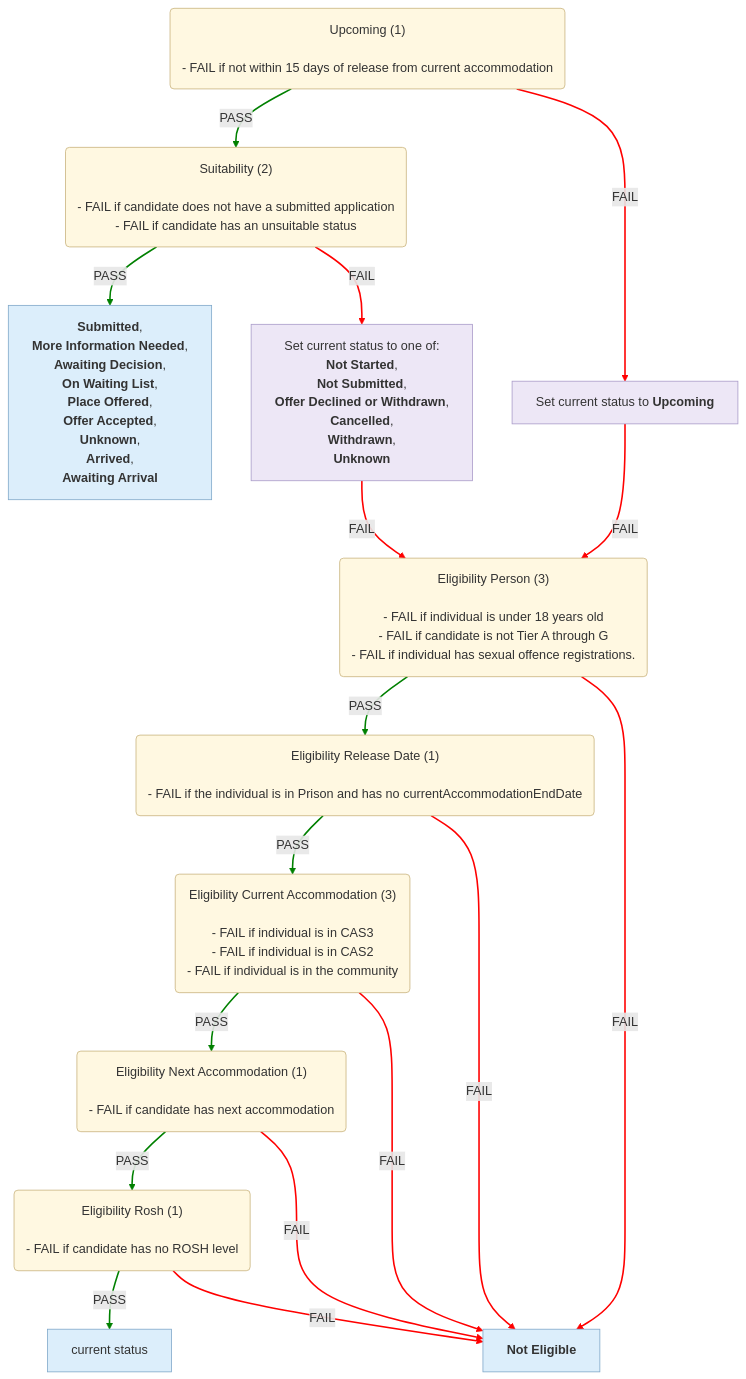
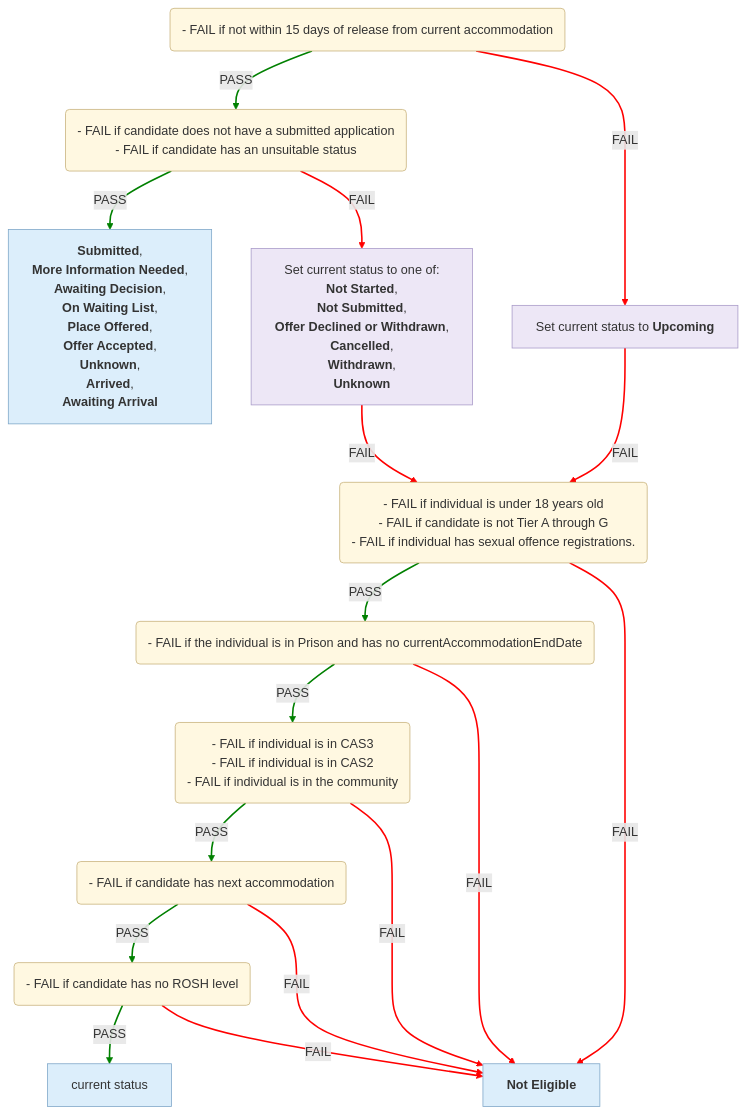
The second of 6 diagrams in docs/eligibility-rules-graph.md (uk-gov-mirror/ministryofjustice.hmpps-single-accommodation-service-api), drawn with Mermaid before and after one commit. The commit also changed other lines of this file, not shown here.

Commit message:
chore/SAS-1532-Use-UI-statuses-in-graph-instead-of-enums

````diff
--- a/docs/eligibility-rules-graph.md
+++ b/docs/eligibility-rules-graph.md
@@ -145,73 +135,59 @@
 ```mermaid
 %%{init: {"flowchart": {"wrappingWidth": 800}}}%%
 flowchart TD
-  Upcoming("Upcoming (1)
-
-- FAIL if not within 15 days of release from current accommodation")
-  Suitability("Suitability (2)
-
-- FAIL if candidate does not have a submitted application
+  Upcoming("- FAIL if not within 15 days of release from current accommodation")
+  Suitability("- FAIL if candidate does not have a submitted application
 - FAIL if candidate has an unsuitable status")
   updater_Submitted___More_Information_Needed___Awaiting_Decision___On_Waiting_List___Place_Offered___Offer_Accepted___Unknown___Arrived___Awaiting_Arrival["<b>Submitted</b>,
  <b>More Information Needed</b>,
  <b>Awaiting Decision</b>,
  <b>On Waiting List</b>,
  <b>Place Offered</b>,
  <b>Offer Accepted</b>,
  <b>Unknown</b>,
  <b>Arrived</b>,
  <b>Awaiting Arrival</b>"]
   updater_Set_current_status_to_one_of__Not_Started___Not_Submitted___Offer_Declined_or_Withdrawn___Cancelled___Withdrawn___Unknown["Set current status to one of:
 <b>Not Started</b>,
  <b>Not Submitted</b>,
  <b>Offer Declined or Withdrawn</b>,
  <b>Cancelled</b>,
  <b>Withdrawn</b>,
  <b>Unknown</b>"]
-  Eligibility_Person("Eligibility Person (3)
-
-- FAIL if individual is under 18 years old
+  Eligibility_Person("- FAIL if individual is under 18 years old
 - FAIL if candidate is not Tier A through G
 - FAIL if individual has sexual offence registrations.")
-  Eligibility_Release_Date("Eligibility Release Date (1)
-
-- FAIL if the individual is in Prison and has no currentAccommodationEndDate")
-  Eligibility_Current_Accommodation("Eligibility Current Accommodation (3)
-
-- FAIL if individual is in CAS3
+  Eligibility_Release_Date("- FAIL if the individual is in Prison and has no currentAccommodationEndDate")
+  Eligibility_Current_Accommodation("- FAIL if individual is in CAS3
 - FAIL if individual is in CAS2
 - FAIL if individual is in the community")
-  Eligibility_Next_Accommodation("Eligibility Next Accommodation (1)
-
-- FAIL if candidate has next accommodation")
-  Eligibility_Rosh("Eligibility Rosh (1)
-
-- FAIL if candidate has no ROSH level")
+  Eligibility_Next_Accommodation("- FAIL if candidate has next accommodation")
+  Eligibility_Rosh("- FAIL if candidate has no ROSH level")
   current_status["current status"]
   Not_Eligible["<b>Not Eligible</b>"]
   updater_Set_current_status_to_Upcoming["Set current status to <b>Upcoming</b>"]
   Suitability -->|PASS| updater_Submitted___More_Information_Needed___Awaiting_Decision___On_Waiting_List___Place_Offered___Offer_Accepted___Unknown___Arrived___Awaiting_Arrival
   Suitability -->|FAIL| updater_Set_current_status_to_one_of__Not_Started___Not_Submitted___Offer_Declined_or_Withdrawn___Cancelled___Withdrawn___Unknown
   Eligibility_Rosh -->|PASS| current_status
   Eligibility_Rosh -->|FAIL| Not_Eligible
   Eligibility_Next_Accommodation -->|PASS| Eligibility_Rosh
   Eligibility_Next_Accommodation -->|FAIL| Not_Eligible
   Eligibility_Current_Accommodation -->|PASS| Eligibility_Next_Accommodation
   Eligibility_Current_Accommodation -->|FAIL| Not_Eligible
   Eligibility_Release_Date -->|PASS| Eligibility_Current_Accommodation
   Eligibility_Release_Date -->|FAIL| Not_Eligible
   Eligibility_Person -->|PASS| Eligibility_Release_Date
   Eligibility_Person -->|FAIL| Not_Eligible
   updater_Set_current_status_to_one_of__Not_Started___Not_Submitted___Offer_Declined_or_Withdrawn___Cancelled___Withdrawn___Unknown -->|FAIL| Eligibility_Person
   Upcoming -->|PASS| Suitability
   Upcoming -->|FAIL| updater_Set_current_status_to_Upcoming
   updater_Set_current_status_to_Upcoming -->|FAIL| Eligibility_Person
   linkStyle 0,2,4,6,8,10,13 stroke:green,stroke-width:2px
   linkStyle 1,3,5,7,9,11,12,14,15 stroke:red,stroke-width:2px
   classDef ruleSetNode fill:#FFF8E1,stroke:#C9B37E,color:#333
   classDef outcomeNode fill:#DCEEFB,stroke:#7FA7C9,color:#333
   classDef updaterNode fill:#EDE7F6,stroke:#A99BC9,color:#333
   class Upcoming,Suitability,Eligibility_Person,Eligibility_Release_Date,Eligibility_Current_Accommodation,Eligibility_Next_Accommodation,Eligibility_Rosh ruleSetNode
   class updater_Submitted___More_Information_Needed___Awaiting_Decision___On_Waiting_List___Place_Offered___Offer_Accepted___Unknown___Arrived___Awaiting_Arrival,current_status,Not_Eligible outcomeNode
   class updater_Set_current_status_to_one_of__Not_Started___Not_Submitted___Offer_Declined_or_Withdrawn___Cancelled___Withdrawn___Unknown,updater_Set_current_status_to_Upcoming updaterNode
 ```
````
